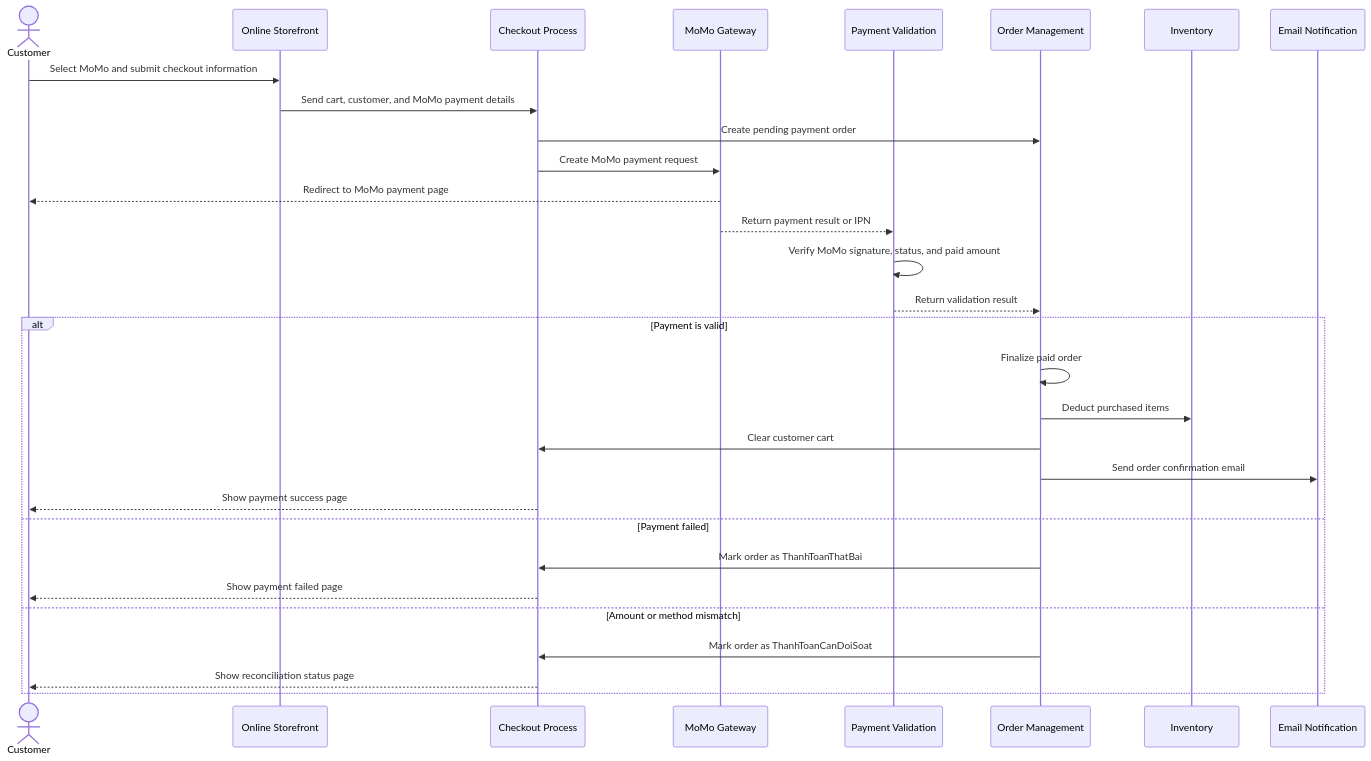
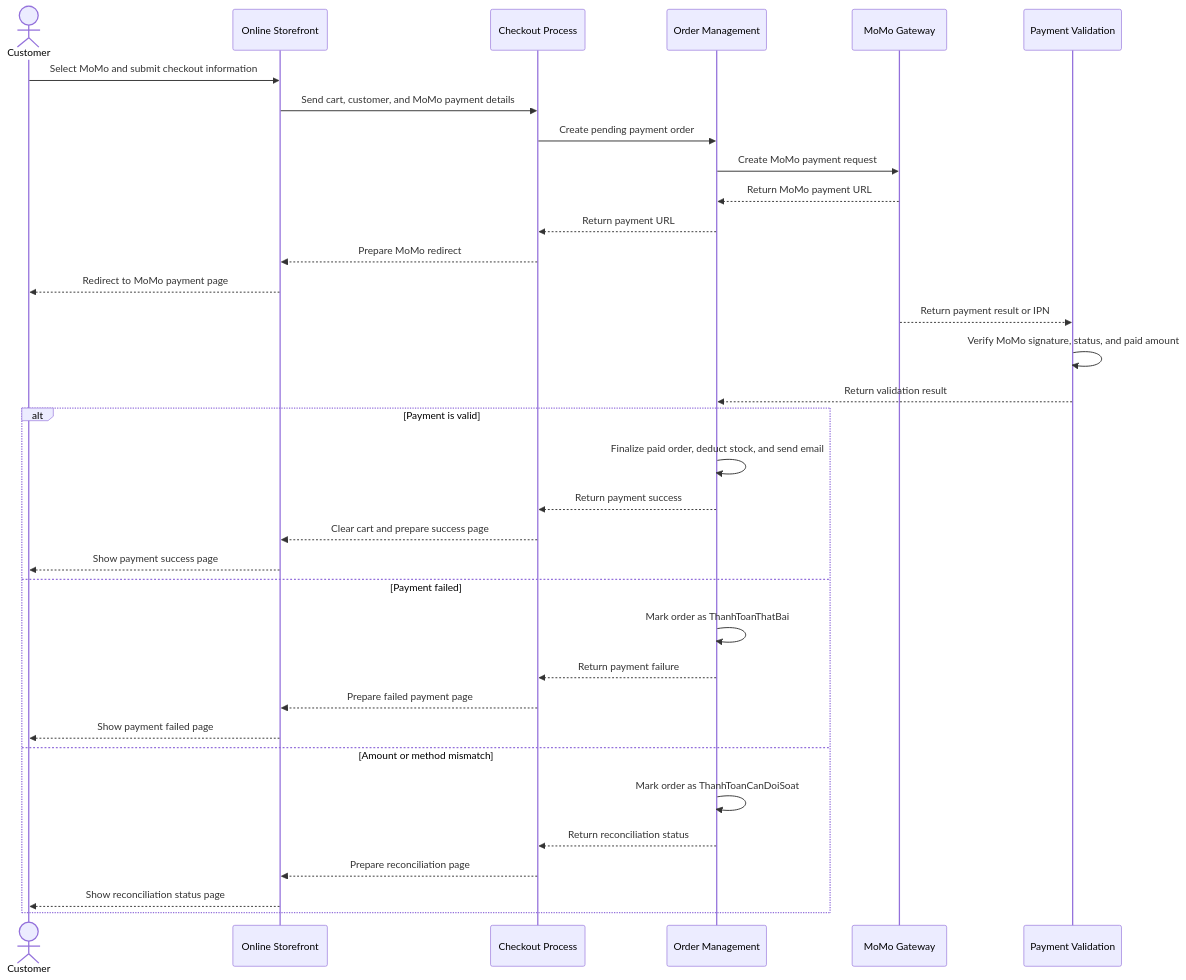
Before and after one commit to ngxuanvan/ReSip-Multi-Payment-E-Commerce: the fourth of 9 diagrams in README.md, drawn with Mermaid. The commit also changed other lines of this file, not shown here.

Commit message:
docs: refine sequence diagrams with stepwise messages

````diff
--- a/README.md
+++ b/README.md
@@ -135,35 +132,39 @@
 ```mermaid
 sequenceDiagram
     actor Customer
     participant Storefront as Online Storefront
     participant Checkout as Checkout Process
+    participant Order as Order Management
     participant MoMo as MoMo Gateway
     participant Validation as Payment Validation
-    participant Order as Order Management
-    participant Inventory as Inventory
-    participant Notification as Email Notification
 
     Customer->>Storefront: Select MoMo and submit checkout information
     Storefront->>Checkout: Send cart, customer, and MoMo payment details
     Checkout->>Order: Create pending payment order
-    Checkout->>MoMo: Create MoMo payment request
-    MoMo-->>Customer: Redirect to MoMo payment page
+    Order->>MoMo: Create MoMo payment request
+    MoMo-->>Order: Return MoMo payment URL
+    Order-->>Checkout: Return payment URL
+    Checkout-->>Storefront: Prepare MoMo redirect
+    Storefront-->>Customer: Redirect to MoMo payment page
     MoMo-->>Validation: Return payment result or IPN
 
     Validation->>Validation: Verify MoMo signature, status, and paid amount
     Validation-->>Order: Return validation result
 
     alt Payment is valid
-        Order->>Order: Finalize paid order
-        Order->>Inventory: Deduct purchased items
-        Order->>Checkout: Clear customer cart
-        Order->>Notification: Send order confirmation email
-        Checkout-->>Customer: Show payment success page
+        Order->>Order: Finalize paid order, deduct stock, and send email
+        Order-->>Checkout: Return payment success
+        Checkout-->>Storefront: Clear cart and prepare success page
+        Storefront-->>Customer: Show payment success page
     else Payment failed
-        Order->>Checkout: Mark order as ThanhToanThatBai
-        Checkout-->>Customer: Show payment failed page
+        Order->>Order: Mark order as ThanhToanThatBai
+        Order-->>Checkout: Return payment failure
+        Checkout-->>Storefront: Prepare failed payment page
+        Storefront-->>Customer: Show payment failed page
     else Amount or method mismatch
-        Order->>Checkout: Mark order as ThanhToanCanDoiSoat
-        Checkout-->>Customer: Show reconciliation status page
+        Order->>Order: Mark order as ThanhToanCanDoiSoat
+        Order-->>Checkout: Return reconciliation status
+        Checkout-->>Storefront: Prepare reconciliation page
+        Storefront-->>Customer: Show reconciliation status page
     end
 ```
````
